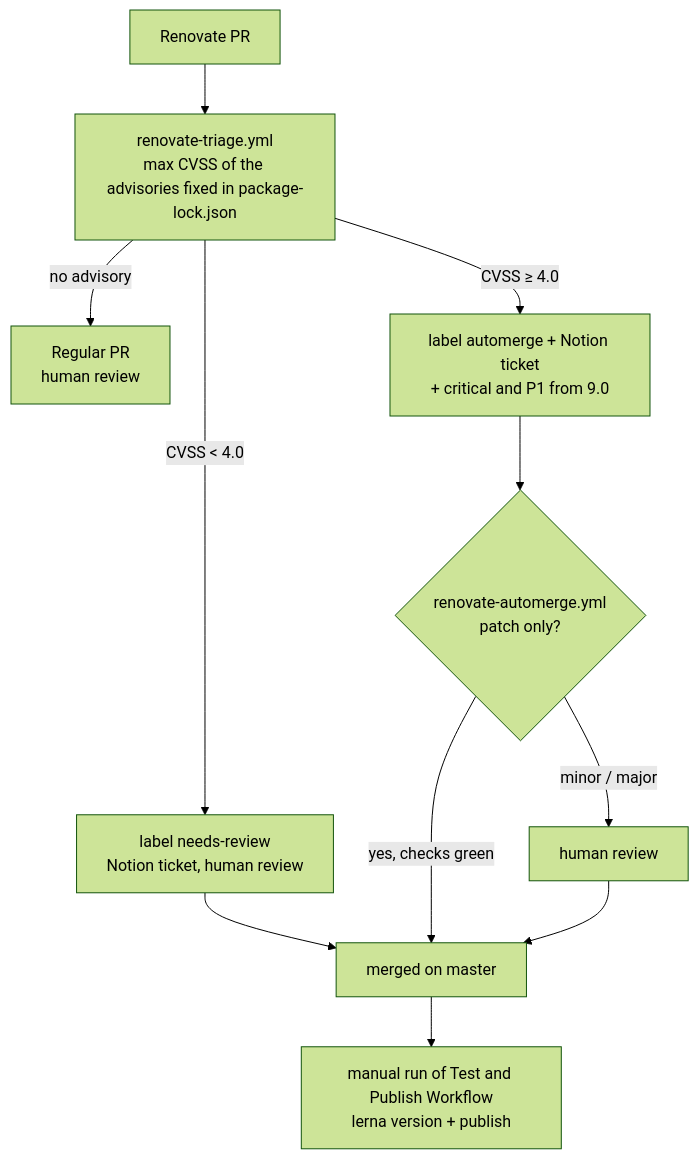
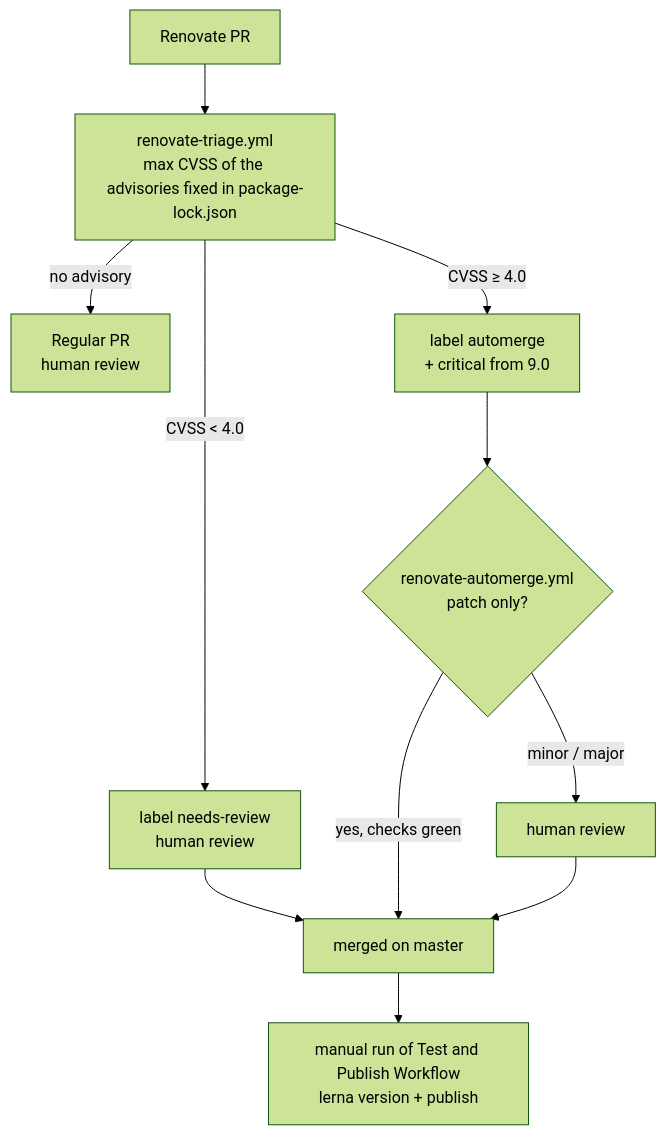
One commit to algoan/nestjs-components changed the diagram in docs/RENOVATE.md. Above: the diagram before and after it, drawn with Mermaid (forest theme). The commit also changed other lines of this file and 2 other files, not shown here.

First line of the commit message:
ci(renovate): drop the Notion ticket of the triage

````diff
--- a/docs/RENOVATE.md
+++ b/docs/RENOVATE.md
@@ -52,13 +52,13 @@
 ```mermaid
 flowchart TD
     PR[Renovate PR] --> T[renovate-triage.yml<br/>max CVSS of the advisories fixed in package-lock.json]
     T -->|no advisory| N[Regular PR<br/>human review]
-    T -->|CVSS < 4.0| M[label needs-review<br/>Notion ticket, human review]
-    T -->|CVSS ≥ 4.0| A[label automerge + Notion ticket<br/>+ critical and P1 from 9.0]
+    T -->|CVSS < 4.0| M[label needs-review<br/>human review]
+    T -->|CVSS ≥ 4.0| A[label automerge<br/>+ critical from 9.0]
     A --> AM{renovate-automerge.yml<br/>patch only?}
     AM -->|yes, checks green| MM[merged on master]
     AM -->|minor / major| R[human review]
     M --> MM
     R --> MM
     MM --> P[manual run of Test and Publish Workflow<br/>lerna version + publish]
 ```
````
